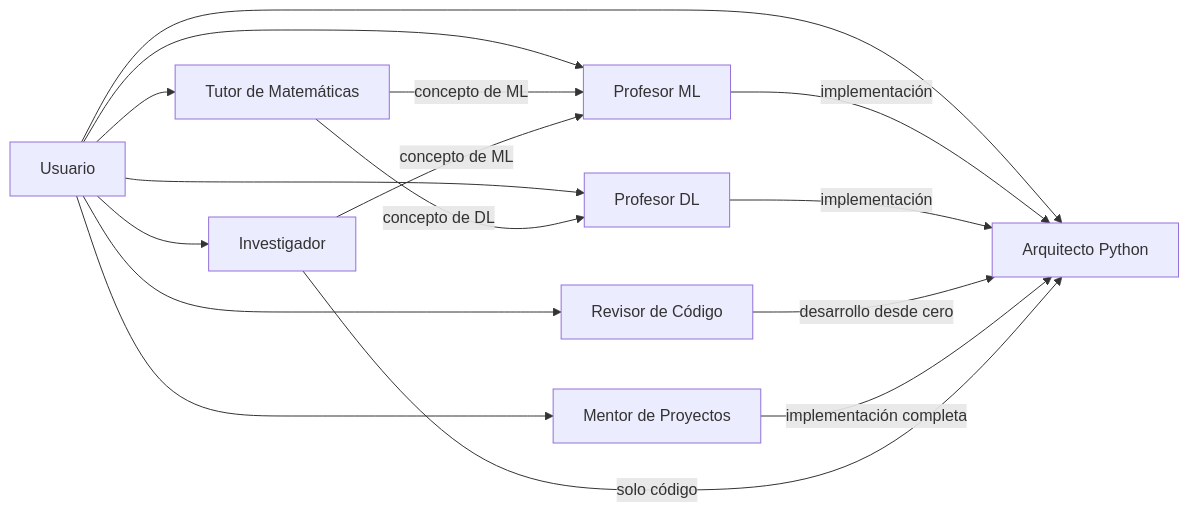
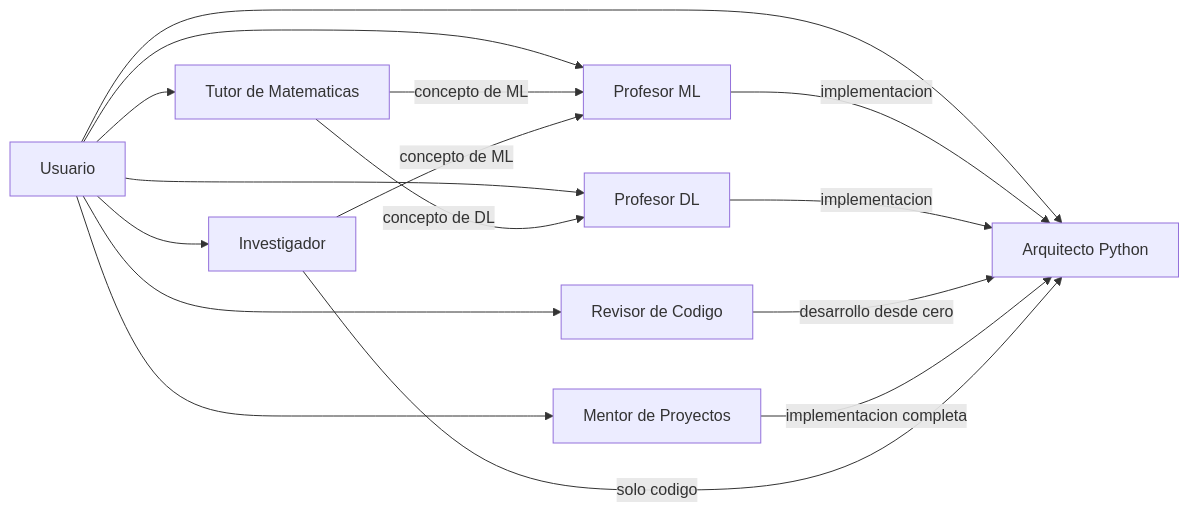
One commit to CristianLra/ecosistema-asistentes-ia changed the diagram in README.md. Above: the diagram before and after it, drawn with Mermaid. The commit also changed other lines of this file, not shown here.

````diff
--- a/README.md
+++ b/README.md
@@ -11,19 +56,19 @@
 ```mermaid
 graph LR
-    U[Usuario] --> T[Tutor de Matemáticas]
+    U[Usuario] --> T[Tutor de Matematicas]
     U --> P[Profesor ML]
     U --> D[Profesor DL]
     U --> A[Arquitecto Python]
-    U --> R[Revisor de Código]
+    U --> R[Revisor de Codigo]
     U --> M[Mentor de Proyectos]
     U --> I[Investigador]
 
     T -->|concepto de ML| P
     T -->|concepto de DL| D
-    P -->|implementación| A
-    D -->|implementación| A
+    P -->|implementacion| A
+    D -->|implementacion| A
     R -->|desarrollo desde cero| A
-    M -->|implementación completa| A
+    M -->|implementacion completa| A
     I -->|concepto de ML| P
-    I -->|solo código| A
+    I -->|solo codigo| A
 ```
````
